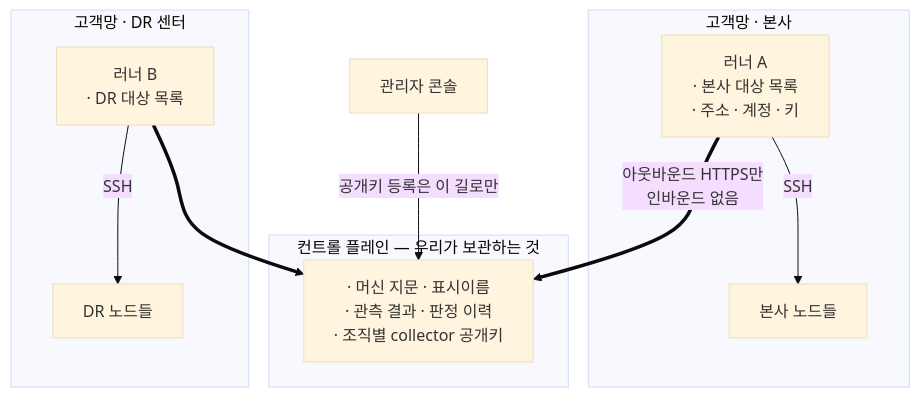
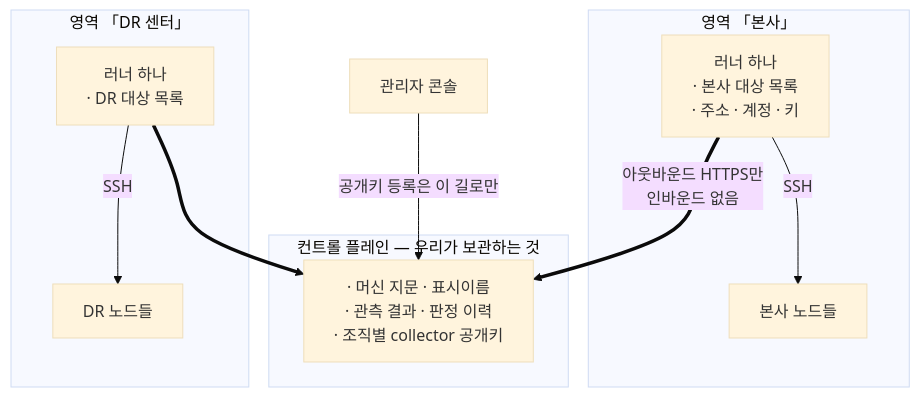
The third of 5 diagrams in saas/journey.md (sntsoftgit/pqcaton), drawn with Mermaid (base theme) before and after one commit. The commit also changed other lines of this file and 3 other files, not shown here.

````diff
--- a/saas/journey.md
+++ b/saas/journey.md
@@ -141,19 +148,19 @@
 ```mermaid
 flowchart TB
-    subgraph 본사["고객망 · 본사"]
-        R1["러너 A<br/>· 본사 대상 목록<br/>· 주소 · 계정 · 키"]
+    subgraph 본사["영역 「본사」"]
+        R1["러너 하나<br/>· 본사 대상 목록<br/>· 주소 · 계정 · 키"]
         N1["본사 노드들"]
         R1 -->|SSH| N1
     end
-    subgraph DR["고객망 · DR 센터"]
-        R2["러너 B<br/>· DR 대상 목록"]
+    subgraph DR["영역 「DR 센터」"]
+        R2["러너 하나<br/>· DR 대상 목록"]
         N2["DR 노드들"]
         R2 -->|SSH| N2
     end
     subgraph CP["컨트롤 플레인 — 우리가 보관하는 것"]
         S["· 머신 지문 · 표시이름<br/>· 관측 결과 · 판정 이력<br/>· 조직별 collector 공개키"]
     end
     R1 ==>|"아웃바운드 HTTPS만<br/>인바운드 없음"| S
     R2 ==> S
     ADMIN["관리자 콘솔"] -->|"공개키 등록은 이 길로만"| S
 ```
````
